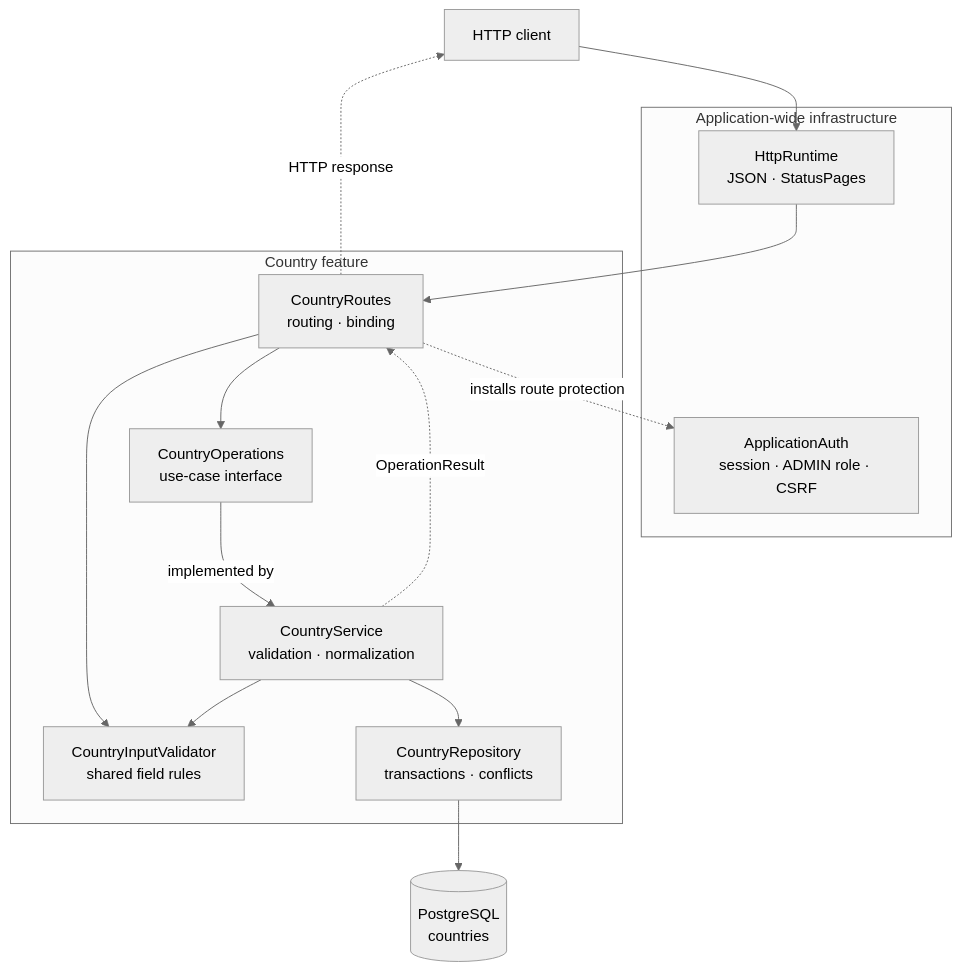
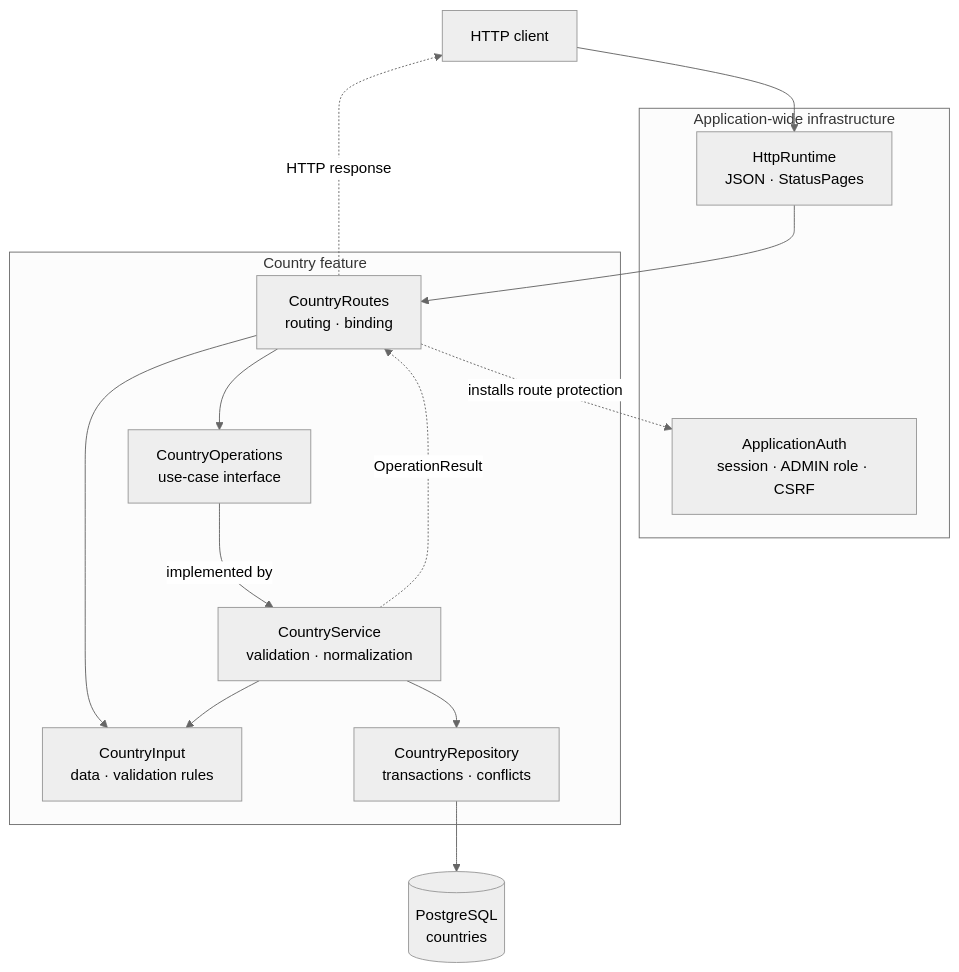
One commit to bitstorm-tech/voenix-shop-kotlin changed the diagram in docs/dev/backend/country-package.md. Above: the diagram before and after it, drawn with Mermaid (neutral theme). The commit also changed other lines of this file and 31 other files, not shown here.

````diff
--- a/docs/dev/backend/country-package.md
+++ b/docs/dev/backend/country-package.md
@@ -28,31 +28,31 @@
 ```mermaid
 flowchart TB
     Client["HTTP client"]
 
     subgraph Shared["Application-wide infrastructure"]
         Http["HttpRuntime<br/>JSON · StatusPages"]
         Auth["ApplicationAuth<br/>session · ADMIN role · CSRF"]
     end
 
     subgraph Country["Country feature"]
         Routes["CountryRoutes<br/>routing · binding"]
-        Validator["CountryInputValidator<br/>shared field rules"]
+        Input["CountryInput<br/>data · validation rules"]
         Operations["CountryOperations<br/>use-case interface"]
         Service["CountryService<br/>validation · normalization"]
         Repository["CountryRepository<br/>transactions · conflicts"]
     end
 
     Database[("PostgreSQL<br/>countries")]
 
     Client --> Http
     Http --> Routes
     Routes -.->|"installs route protection"| Auth
-    Routes --> Validator
+    Routes --> Input
     Routes --> Operations
     Operations -->|"implemented by"| Service
-    Service --> Validator
+    Service --> Input
     Service --> Repository
     Repository --> Database
     Service -.->|"OperationResult"| Routes
     Routes -.->|"HTTP response"| Client
 ```
````
